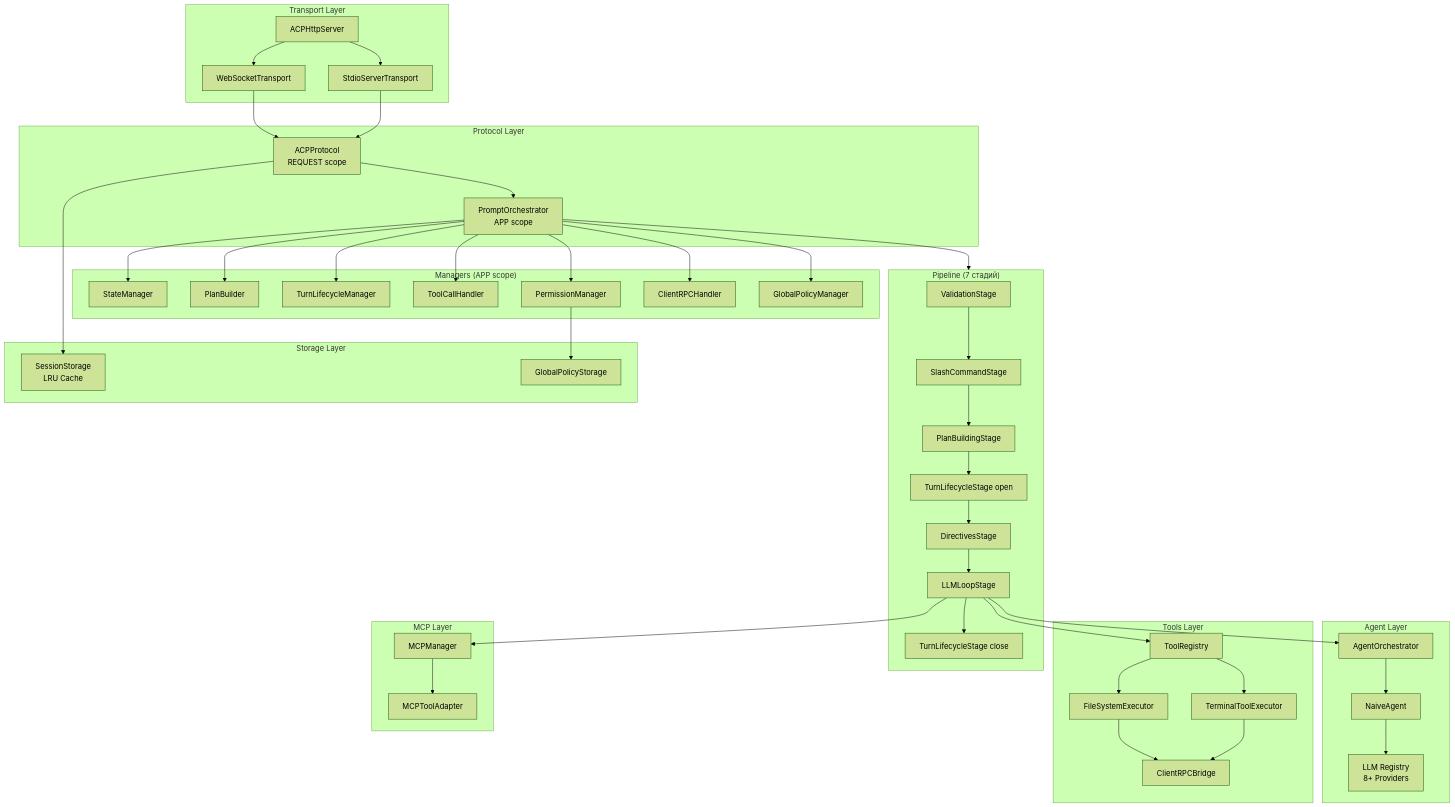
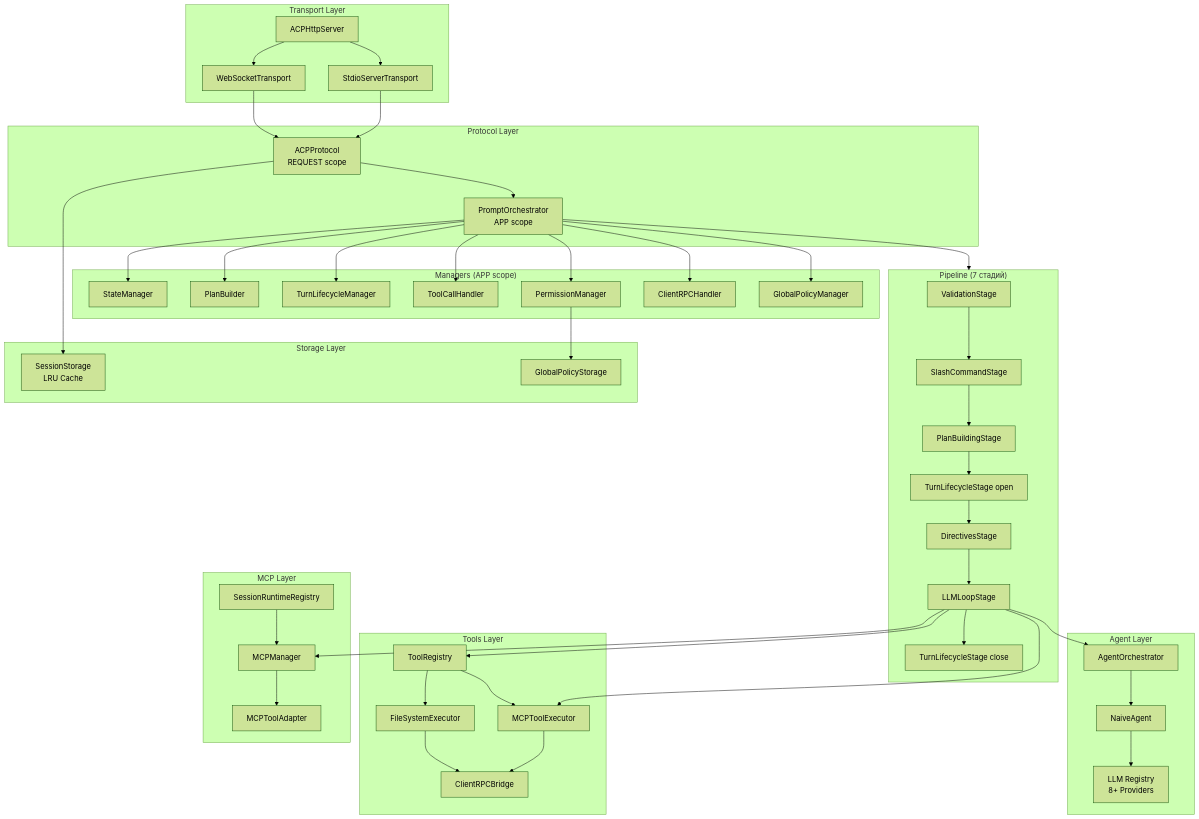
Before and after one commit to pese-git/codelab-agent: the third of 16 diagrams in doc/product/overview/02-architecture.md, drawn with Mermaid (forest theme). The commit also changed other lines of this file and 12 other files, not shown here.

````diff
--- a/doc/product/overview/02-architecture.md
+++ b/doc/product/overview/02-architecture.md
@@ -124,68 +124,72 @@
 ```mermaid
 graph TB
     subgraph Transport["Transport Layer"]
         HTTP[ACPHttpServer]
         WS[WebSocketTransport]
         STDIO[StdioServerTransport]
     end
     
     subgraph Protocol["Protocol Layer"]
         AP[ACPProtocol<br/>REQUEST scope]
         PO[PromptOrchestrator<br/>APP scope]
     end
     
     subgraph Pipeline["Pipeline (7 стадий)"]
         V[ValidationStage]
         SC[SlashCommandStage]
         PB[PlanBuildingStage]
         TL1[TurnLifecycleStage open]
         DS[DirectivesStage]
         LL[LLMLoopStage]
         TL2[TurnLifecycleStage close]
     end
     
     subgraph Managers["Managers (APP scope)"]
         SM[StateManager]
         PBuilder[PlanBuilder]
         TLCM[TurnLifecycleManager]
         TCH[ToolCallHandler]
         PM[PermissionManager]
         CRH[ClientRPCHandler]
         GPM[GlobalPolicyManager]
     end
     
     subgraph Agent["Agent Layer"]
         AO[AgentOrchestrator]
         AG[NaiveAgent]
         LLM[LLM Registry<br/>8+ Providers]
     end
     
     subgraph Tools["Tools Layer"]
         TR[ToolRegistry]
         FS[FileSystemExecutor]
         TE[TerminalToolExecutor]
         Bridge[ClientRPCBridge]
     end
     
     subgraph MCP["MCP Layer"]
         MM[MCPManager]
         MT[MCPToolAdapter]
+        TE[MCPToolExecutor]
+        SRR[SessionRuntimeRegistry]
     end
     
     subgraph Storage["Storage Layer"]
         SS[SessionStorage<br/>LRU Cache]
         GPS[GlobalPolicyStorage]
     end
     
     HTTP --> WS & STDIO
     WS & STDIO --> AP
     AP --> PO
     PO --> Pipeline
     V --> SC --> PB --> TL1 --> DS --> LL --> TL2
     PO --> SM & PBuilder & TLCM & TCH & PM & CRH & GPM
     LL --> AO --> AG --> LLM
     LL --> TR --> FS & TE --> Bridge
     LL --> MM --> MT
+    LL --> TE
+    SRR --> MM
     AP --> SS
     PM --> GPS
 ```
````
